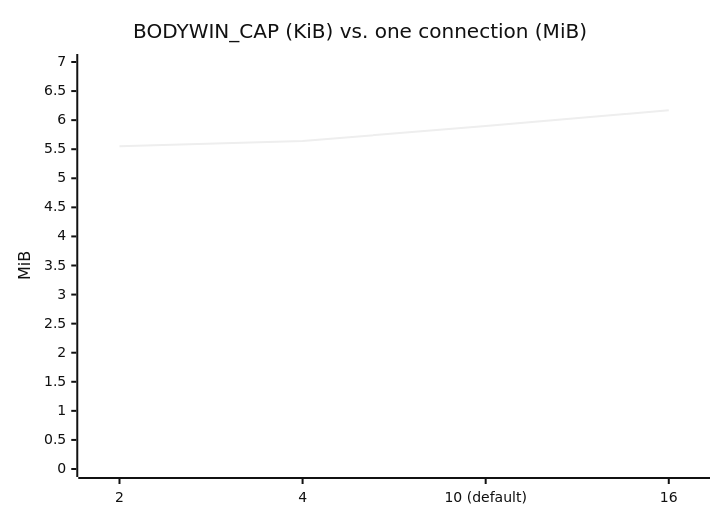
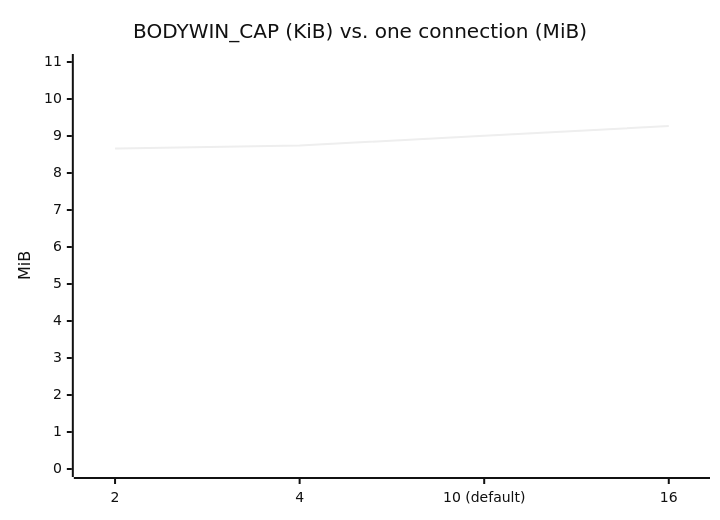
The sixth of 9 diagrams in docs/architecture/memory.md (Hakkadaikon/wired), drawn with Mermaid (neutral theme) before and after one commit. The commit also changed other lines of this file and 4 other files, not shown here.

````diff
--- a/docs/architecture/memory.md
+++ b/docs/architecture/memory.md
@@ -122,7 +122,7 @@
 ```mermaid
 xychart-beta
     title "BODYWIN_CAP (KiB) vs. one connection (MiB)"
     x-axis ["2", "4", "10 (default)", "16"]
-    y-axis "MiB" 0 --> 7
-    line [5.55, 5.64, 5.90, 6.17]
+    y-axis "MiB" 0 --> 11
+    line [8.66, 8.74, 9.01, 9.27]
 ```
````
